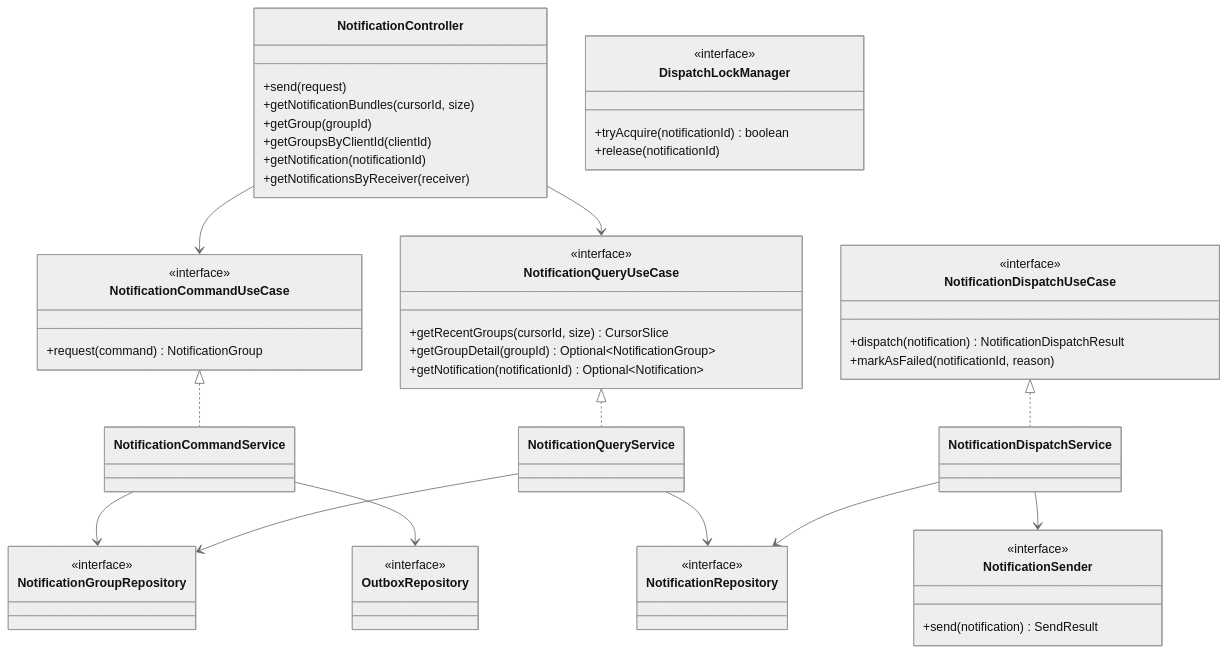
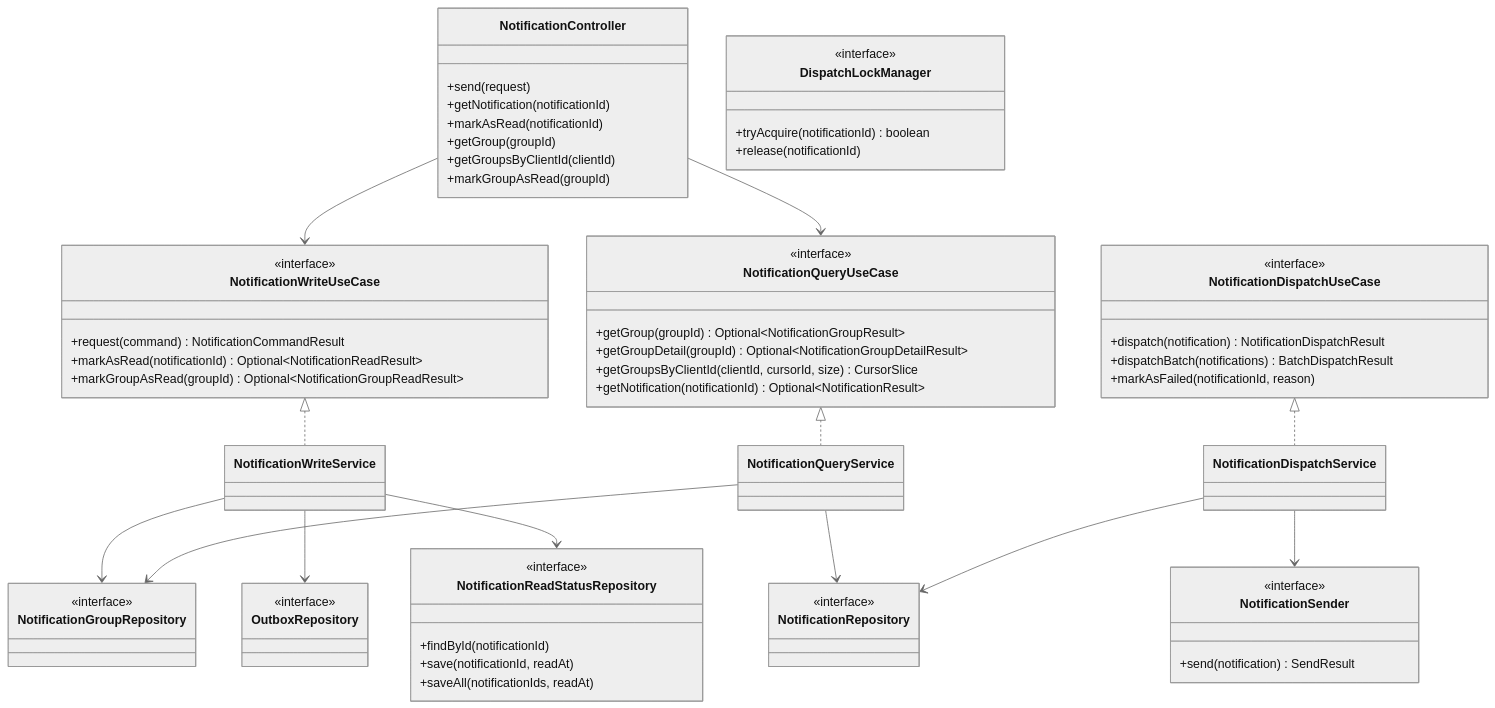
The first of 5 diagrams in docs/03-class-diagrams.md (yht0827/notification-dispatcher), drawn with Mermaid (neutral theme) before and after one commit. The commit also changed other lines of this file and 208 other files, not shown here.

````diff
--- a/docs/03-class-diagrams.md
+++ b/docs/03-class-diagrams.md
@@ -17,70 +18,82 @@
 ```mermaid
 classDiagram
     class NotificationController {
       +send(request)
-      +getNotificationBundles(cursorId, size)
+      +getNotification(notificationId)
+      +markAsRead(notificationId)
       +getGroup(groupId)
       +getGroupsByClientId(clientId)
-      +getNotification(notificationId)
-      +getNotificationsByReceiver(receiver)
+      +markGroupAsRead(groupId)
     }
 
-    class NotificationCommandUseCase {
+    class NotificationWriteUseCase {
       <<interface>>
-      +request(command) NotificationGroup
+      +request(command) NotificationCommandResult
+      +markAsRead(notificationId) Optional~NotificationReadResult~
+      +markGroupAsRead(groupId) Optional~NotificationGroupReadResult~
     }
 
     class NotificationQueryUseCase {
       <<interface>>
-      +getRecentGroups(cursorId, size) CursorSlice
-      +getGroupDetail(groupId) Optional~NotificationGroup~
-      +getNotification(notificationId) Optional~Notification~
+      +getGroup(groupId) Optional~NotificationGroupResult~
+      +getGroupDetail(groupId) Optional~NotificationGroupDetailResult~
+      +getGroupsByClientId(clientId, cursorId, size) CursorSlice
+      +getNotification(notificationId) Optional~NotificationResult~
     }
 
     class NotificationDispatchUseCase {
       <<interface>>
       +dispatch(notification) NotificationDispatchResult
+      +dispatchBatch(notifications) BatchDispatchResult
       +markAsFailed(notificationId, reason)
     }
 
-    class NotificationCommandService
+    class NotificationWriteService
     class NotificationQueryService
     class NotificationDispatchService
 
     class NotificationGroupRepository {
       <<interface>>
     }
 
     class NotificationRepository {
       <<interface>>
     }
 
     class OutboxRepository {
       <<interface>>
     }
 
+    class NotificationReadStatusRepository {
+      <<interface>>
+      +findById(notificationId)
+      +save(notificationId, readAt)
+      +saveAll(notificationIds, readAt)
+    }
+
     class NotificationSender {
       <<interface>>
       +send(notification) SendResult
     }
 
     class DispatchLockManager {
       <<interface>>
       +tryAcquire(notificationId) boolean
       +release(notificationId)
     }
 
-    NotificationController --> NotificationCommandUseCase
+    NotificationController --> NotificationWriteUseCase
     NotificationController --> NotificationQueryUseCase
 
-    NotificationCommandUseCase <|.. NotificationCommandService
+    NotificationWriteUseCase <|.. NotificationWriteService
     NotificationQueryUseCase <|.. NotificationQueryService
     NotificationDispatchUseCase <|.. NotificationDispatchService
 
-    NotificationCommandService --> NotificationGroupRepository
-    NotificationCommandService --> OutboxRepository
+    NotificationWriteService --> NotificationGroupRepository
+    NotificationWriteService --> OutboxRepository
+    NotificationWriteService --> NotificationReadStatusRepository
     NotificationQueryService --> NotificationGroupRepository
     NotificationQueryService --> NotificationRepository
     NotificationDispatchService --> NotificationRepository
     NotificationDispatchService --> NotificationSender
 ```
````
